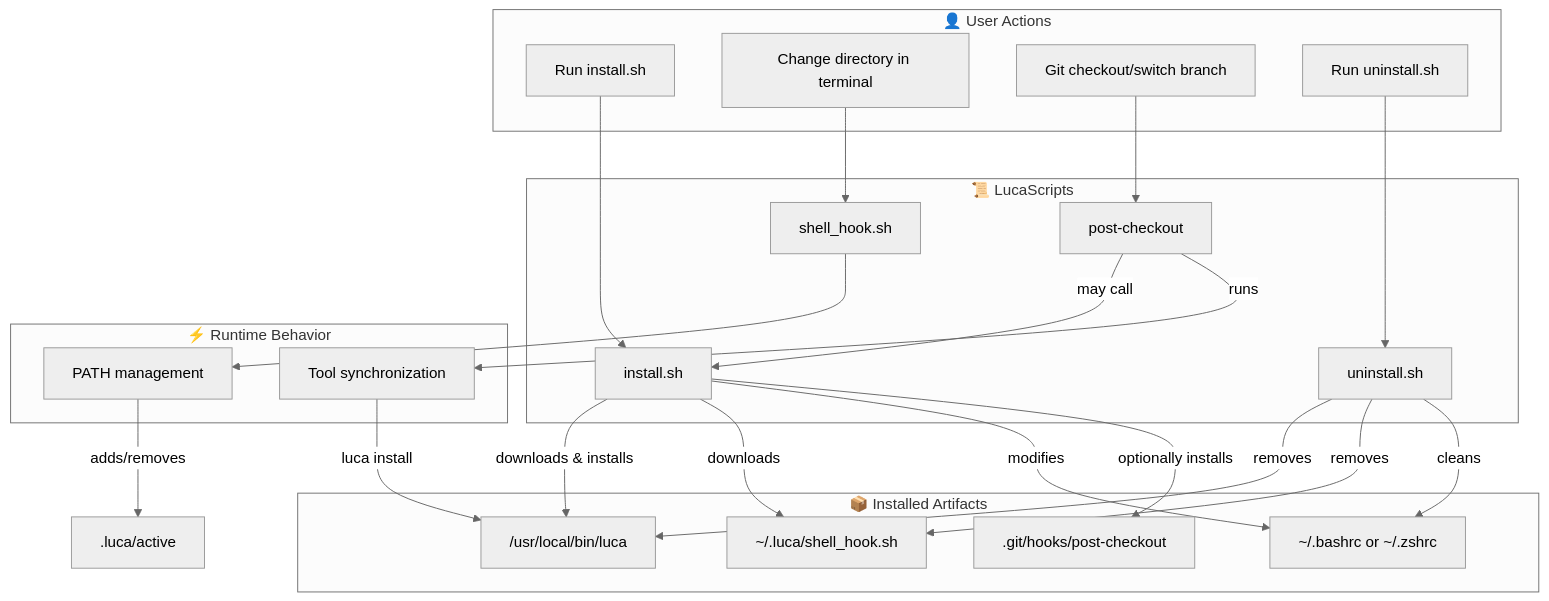
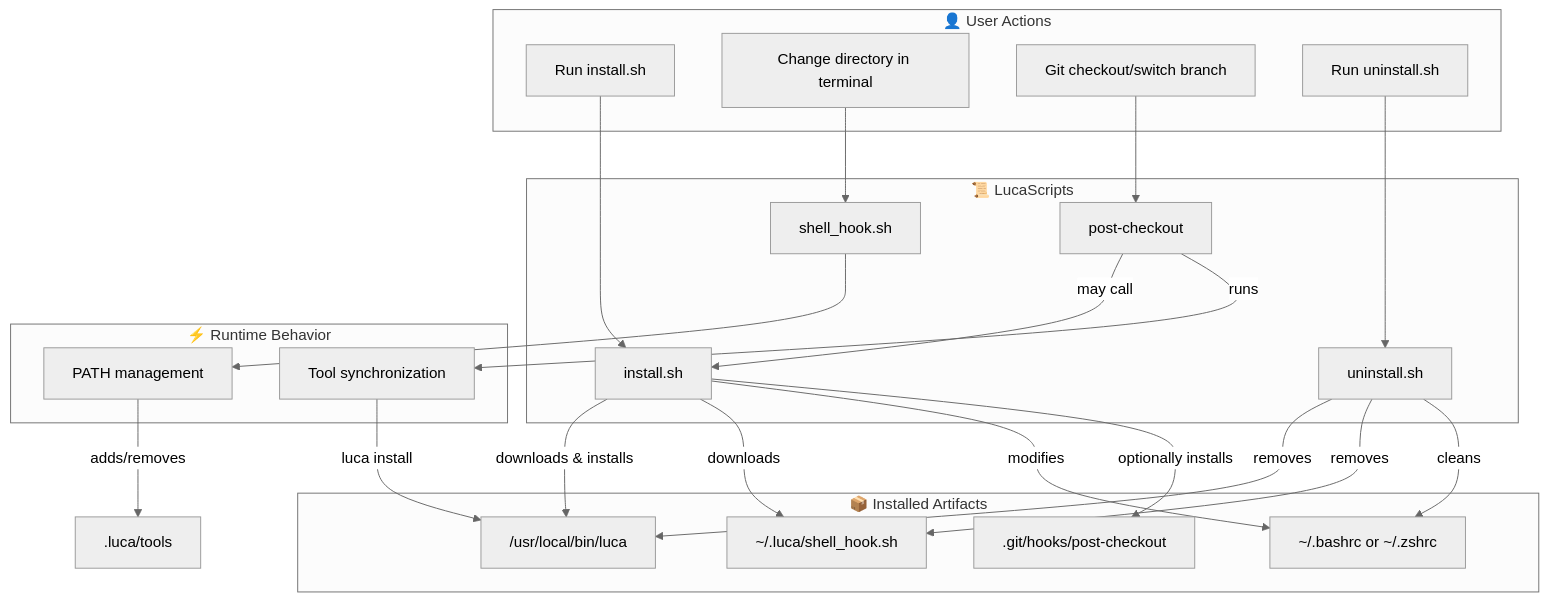
One commit to LucaTools/LucaScripts changed the first of 7 diagrams in README.md. Above: the diagram before and after it, drawn with Mermaid (neutral theme). The commit also changed other lines of this file and 1 other file, not shown here.

Commit message:
Rename .luca/active to .luca/tools for consistency with global tools folder

````diff
--- a/README.md
+++ b/README.md
@@ -11,48 +11,48 @@
 ```mermaid
 flowchart TB
     subgraph User["👤 User Actions"]
         U1[Run install.sh]
         U2[Change directory in terminal]
         U3[Git checkout/switch branch]
         U4[Run uninstall.sh]
     end
 
     subgraph Scripts["📜 LucaScripts"]
         IS[install.sh]
         SH[shell_hook.sh]
         PC[post-checkout]
         UN[uninstall.sh]
     end
 
     subgraph Artifacts["📦 Installed Artifacts"]
         EXE["/usr/local/bin/luca"]
         HOOK["~/.luca/shell_hook.sh"]
         GITHOOK[".git/hooks/post-checkout"]
         RCFILE["~/.bashrc or ~/.zshrc"]
     end
 
     subgraph Runtime["⚡ Runtime Behavior"]
         PATH["PATH management"]
         SYNC["Tool synchronization"]
     end
 
     U1 --> IS
     IS -->|downloads & installs| EXE
     IS -->|downloads| HOOK
     IS -->|modifies| RCFILE
     IS -->|optionally installs| GITHOOK
 
     U2 --> SH
     SH --> PATH
-    PATH -->|adds/removes| .luca/active
+    PATH -->|adds/removes| .luca/tools
 
     U3 --> PC
     PC -->|may call| IS
     PC -->|runs| SYNC
     SYNC -->|"luca install"| EXE
 
     U4 --> UN
     UN -->|removes| EXE
     UN -->|removes| HOOK
     UN -->|cleans| RCFILE
 ```
````
